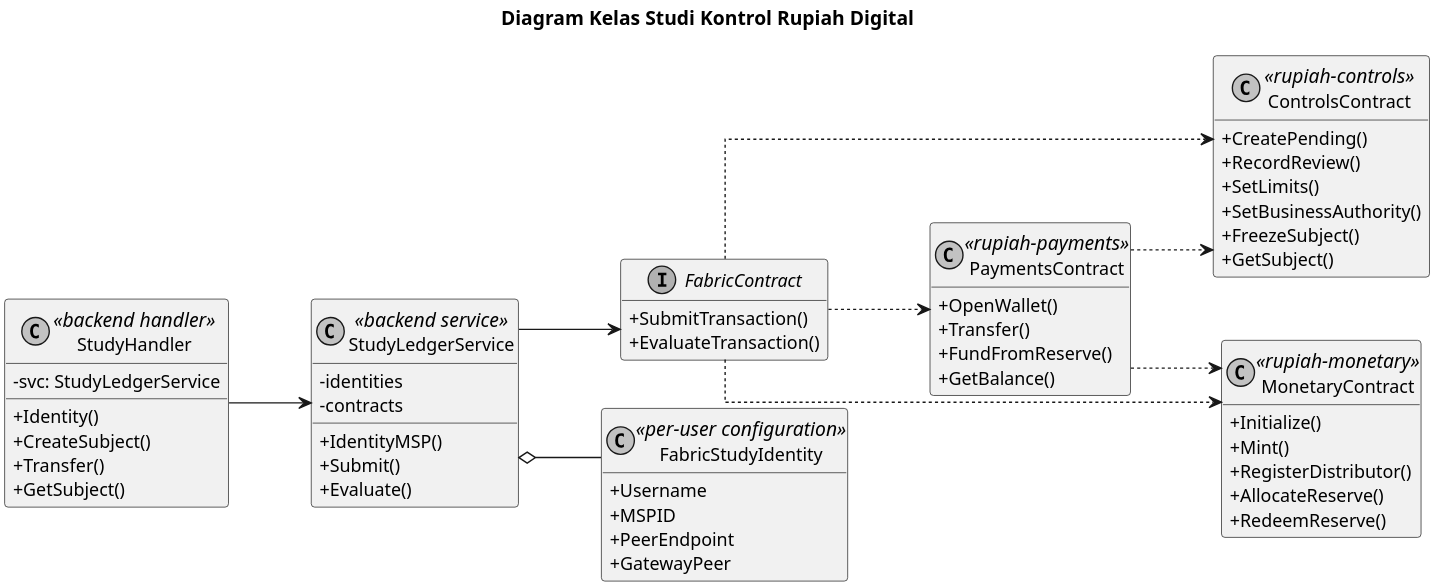
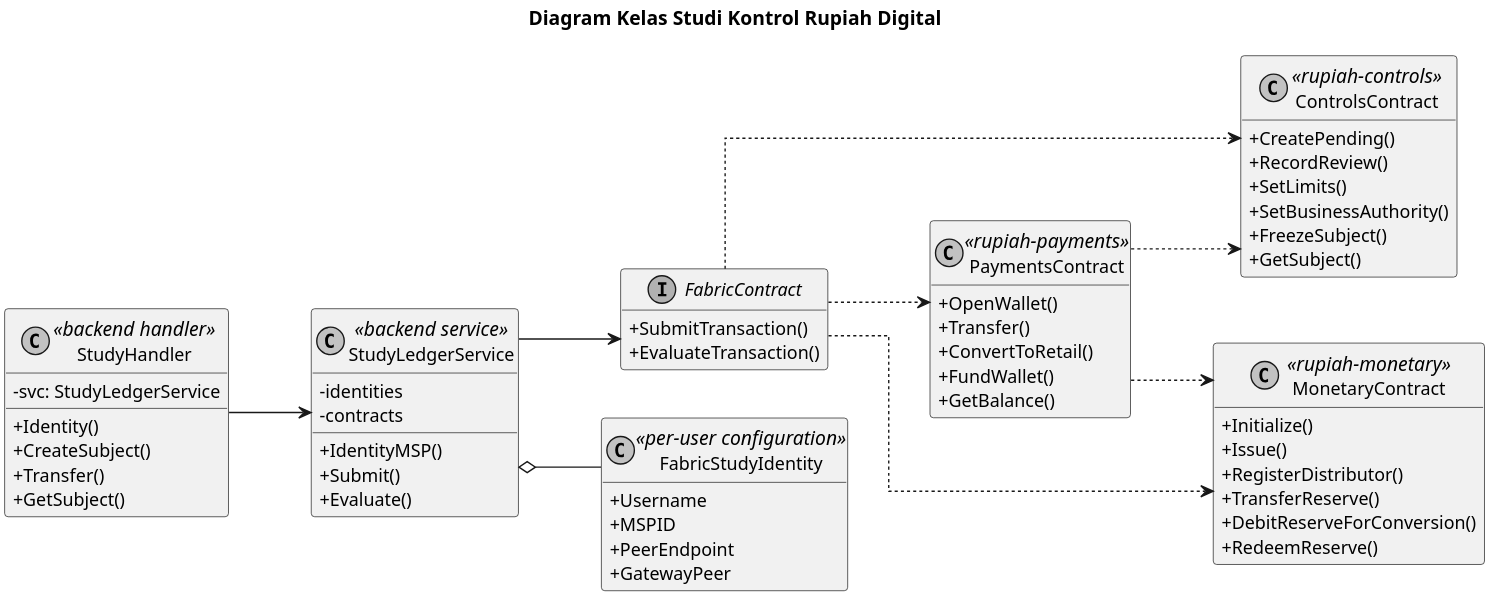
One commit to mfachrizalg/bi-coin changed the diagram in bi-coin-fabric/docs/diagrams/plantuml/controls-study-class.puml. Above: the diagram before and after it, drawn with PlantUML. The commit also changed 364 other files, not shown here.

```diff
--- a/bi-coin-fabric/docs/diagrams/plantuml/controls-study-class.puml
+++ b/bi-coin-fabric/docs/diagrams/plantuml/controls-study-class.puml
@@ -1,74 +1,76 @@
 @startuml controls-study-class
 title Diagram Kelas Studi Kontrol Rupiah Digital
 left to right direction
 skinparam monochrome true
 skinparam dpi 300
 skinparam defaultFontName Arial
 skinparam defaultFontSize 14
 skinparam classFontSize 16
 skinparam classAttributeFontSize 13
 skinparam classAttributeIconSize 0
 skinparam linetype ortho
 hide empty members
 
 class StudyHandler <<backend handler>> {
   -svc: StudyLedgerService
   +Identity()
   +CreateSubject()
   +Transfer()
   +GetSubject()
 }
 
 class StudyLedgerService <<backend service>> {
   -identities
   -contracts
   +IdentityMSP()
   +Submit()
   +Evaluate()
 }
 
 interface FabricContract {
   +SubmitTransaction()
   +EvaluateTransaction()
 }
 
 class FabricStudyIdentity <<per-user configuration>> {
   +Username
   +MSPID
   +PeerEndpoint
   +GatewayPeer
 }
 
 class ControlsContract <<rupiah-controls>> {
   +CreatePending()
   +RecordReview()
   +SetLimits()
   +SetBusinessAuthority()
   +FreezeSubject()
   +GetSubject()
 }
 
 class PaymentsContract <<rupiah-payments>> {
   +OpenWallet()
   +Transfer()
-  +FundFromReserve()
+  +ConvertToRetail()
+  +FundWallet()
   +GetBalance()
 }
 
 class MonetaryContract <<rupiah-monetary>> {
   +Initialize()
-  +Mint()
+  +Issue()
   +RegisterDistributor()
-  +AllocateReserve()
+  +TransferReserve()
+  +DebitReserveForConversion()
   +RedeemReserve()
 }
 
 StudyHandler --> StudyLedgerService
 StudyLedgerService o-- FabricStudyIdentity
 StudyLedgerService --> FabricContract
 FabricContract ..> ControlsContract
 FabricContract ..> PaymentsContract
 FabricContract ..> MonetaryContract
 PaymentsContract ..> ControlsContract
 PaymentsContract ..> MonetaryContract
 @enduml
```
